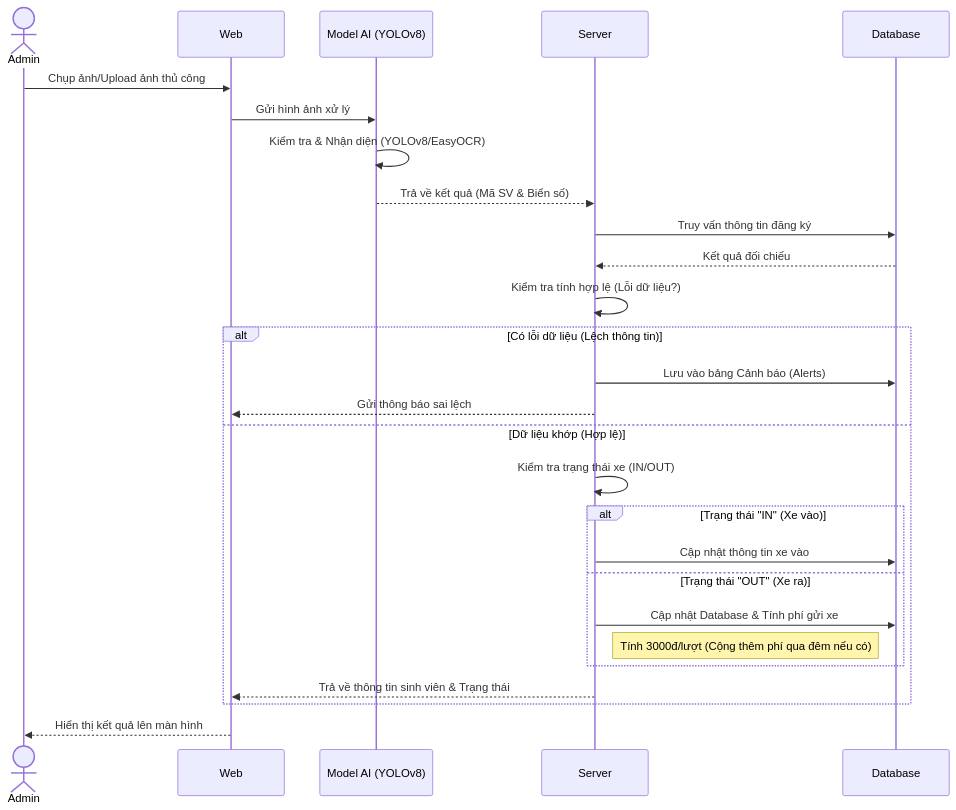
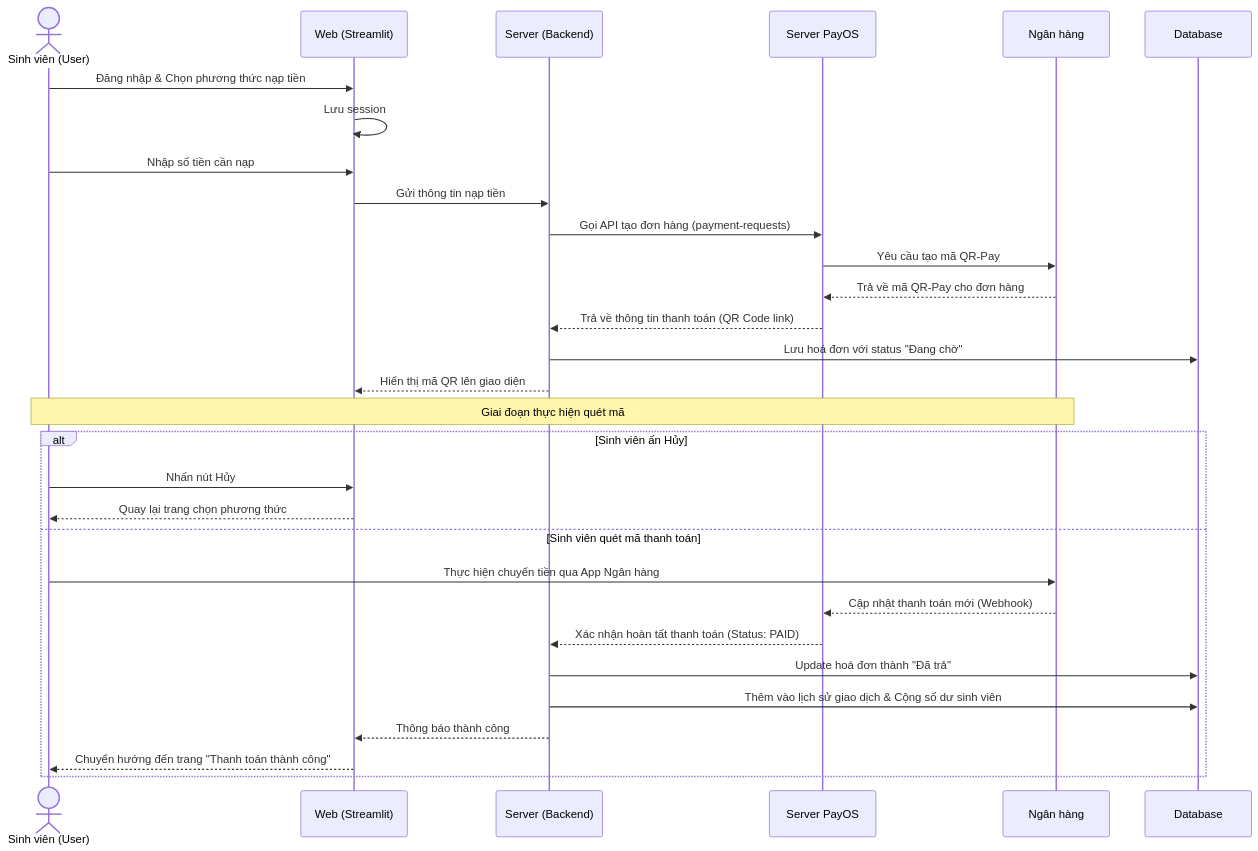
Before and after one commit to Duckkeip/TTTNDKT: the second of 2 diagrams in README.md, drawn with Mermaid.

````diff
--- a/README.md
+++ b/README.md
@@ -78,37 +78,40 @@
 ```mermaid
 sequenceDiagram
-    actor Admin
-    participant Web
-    participant AI as Model AI (YOLOv8)
-    participant Server
+    actor Student as Sinh viên (User)
+    participant Web as Web (Streamlit)
+    participant Server as Server (Backend)
+    participant PayOS as Server PayOS
+    participant Bank as Ngân hàng
     participant DB as Database
 
-    Admin->>Web: Chụp ảnh/Upload ảnh thủ công
-    Web->>AI: Gửi hình ảnh xử lý
+    Student->>Web: Đăng nhập & Chọn phương thức nạp tiền
+    Web->>Web: Lưu session
     
-    AI->>AI: Kiểm tra & Nhận diện (YOLOv8/EasyOCR)
-    AI-->>Server: Trả về kết quả (Mã SV & Biển số)
-
-    Server->>DB: Truy vấn thông tin đăng ký
-    DB-->>Server: Kết quả đối chiếu
+    Student->>Web: Nhập số tiền cần nạp
+    Web->>Server: Gửi thông tin nạp tiền
     
-    Server->>Server: Kiểm tra tính hợp lệ (Lỗi dữ liệu?)
+    Server->>PayOS: Gọi API tạo đơn hàng (payment-requests)
+    PayOS->>Bank: Yêu cầu tạo mã QR-Pay
+    Bank-->>PayOS: Trả về mã QR-Pay cho đơn hàng
+    PayOS-->>Server: Trả về thông tin thanh toán (QR Code link)
     
-    alt Có lỗi dữ liệu (Lệch thông tin)
-        Server->>DB: Lưu vào bảng Cảnh báo (Alerts)
-        Server-->>Web: Gửi thông báo sai lệch
-    else Dữ liệu khớp (Hợp lệ)
-        Server->>Server: Kiểm tra trạng thái xe (IN/OUT)
+    Server->>DB: Lưu hoá đơn với status "Đang chờ"
+    Server-->>Web: Hiển thị mã QR lên giao diện
+    
+    Note over Student, Bank: Giai đoạn thực hiện quét mã
+    
+    alt Sinh viên ấn Hủy
+        Student->>Web: Nhấn nút Hủy
+        Web-->>Student: Quay lại trang chọn phương thức
+    else Sinh viên quét mã thanh toán
+        Student->>Bank: Thực hiện chuyển tiền qua App Ngân hàng
+        Bank-->>PayOS: Cập nhật thanh toán mới (Webhook)
+        PayOS-->>Server: Xác nhận hoàn tất thanh toán (Status: PAID)
         
-        alt Trạng thái "IN" (Xe vào)
-            Server->>DB: Cập nhật thông tin xe vào
-        else Trạng thái "OUT" (Xe ra)
-            Server->>DB: Cập nhật Database & Tính phí gửi xe
-            Note right of Server: Tính 3000đ/lượt (Cộng thêm phí qua đêm nếu có)
-        end
+        Server->>DB: Update hoá đơn thành "Đã trả"
+        Server->>DB: Thêm vào lịch sử giao dịch & Cộng số dư sinh viên
         
-        Server-->>Web: Trả về thông tin sinh viên & Trạng thái
+        Server-->>Web: Thông báo thành công
+        Web-->>Student: Chuyển hướng đến trang "Thanh toán thành công"
     end
-
-    Web-->>Admin: Hiển thị kết quả lên màn hình
 ```
````
